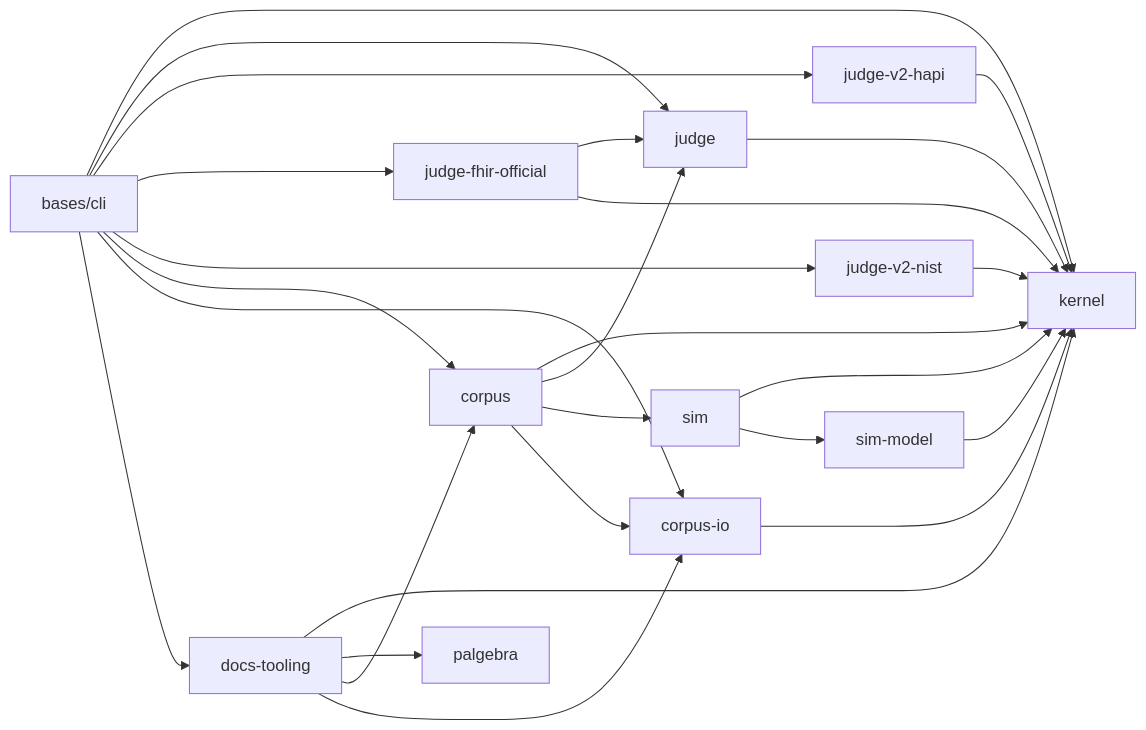
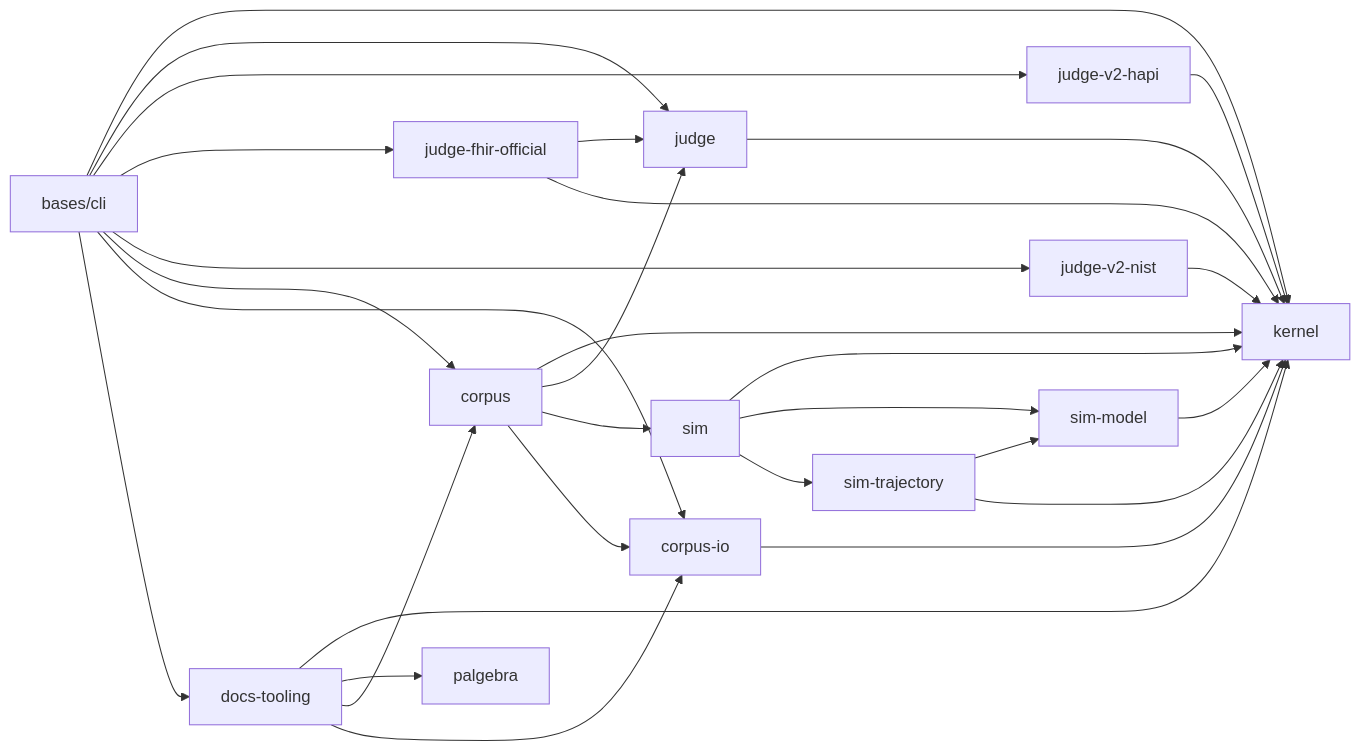
Before and after one commit to pragsmike/ehr-testing-tools: the diagram in docs/dev/architecture.md, drawn with Mermaid. The commit also changed other lines of this file and 46 other files, not shown here.

Commit message:
refactor: extract sim-trajectory from sim (sim split S2, plan 2026-08-02)

````diff
--- a/docs/dev/architecture.md
+++ b/docs/dev/architecture.md
@@ -25,41 +25,45 @@
 ```mermaid
 flowchart LR
     kernel[kernel]
     judge[judge]
     judgev2hapi[judge-v2-hapi]
     judgefhirofficial[judge-fhir-official]
     judgev2nist[judge-v2-nist]
     corpus[corpus]
     corpusio[corpus-io]
     docstooling[docs-tooling]
     palgebra[palgebra]
     simmodel[sim-model]
+    simtrajectory[sim-trajectory]
     sim[sim]
     cli[bases/cli]
 
     judge --> kernel
     judgev2hapi --> kernel
     judgefhirofficial --> judge
     judgefhirofficial --> kernel
     judgev2nist --> kernel
     corpusio --> kernel
     corpus --> kernel
     corpus --> judge
     corpus --> sim
     corpus --> corpusio
     simmodel --> kernel
+    simtrajectory --> simmodel
+    simtrajectory --> kernel
     sim --> kernel
     sim --> simmodel
+    sim --> simtrajectory
     docstooling --> kernel
     docstooling --> palgebra
     docstooling --> corpus
     docstooling --> corpusio
     cli --> kernel
     cli --> judge
     cli --> judgev2hapi
     cli --> judgefhirofficial
     cli --> judgev2nist
     cli --> corpus
     cli --> corpusio
     cli --> docstooling
 ```
````
